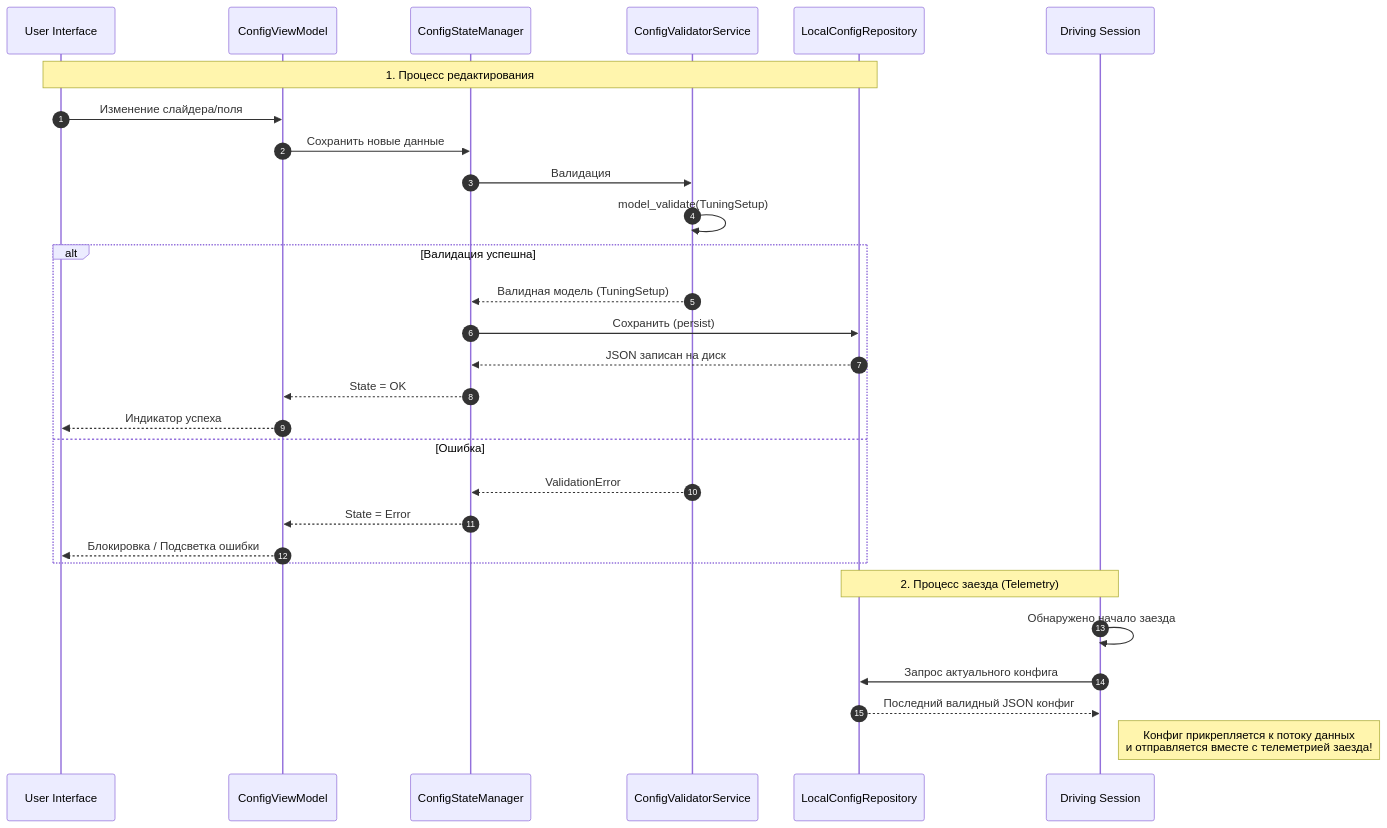
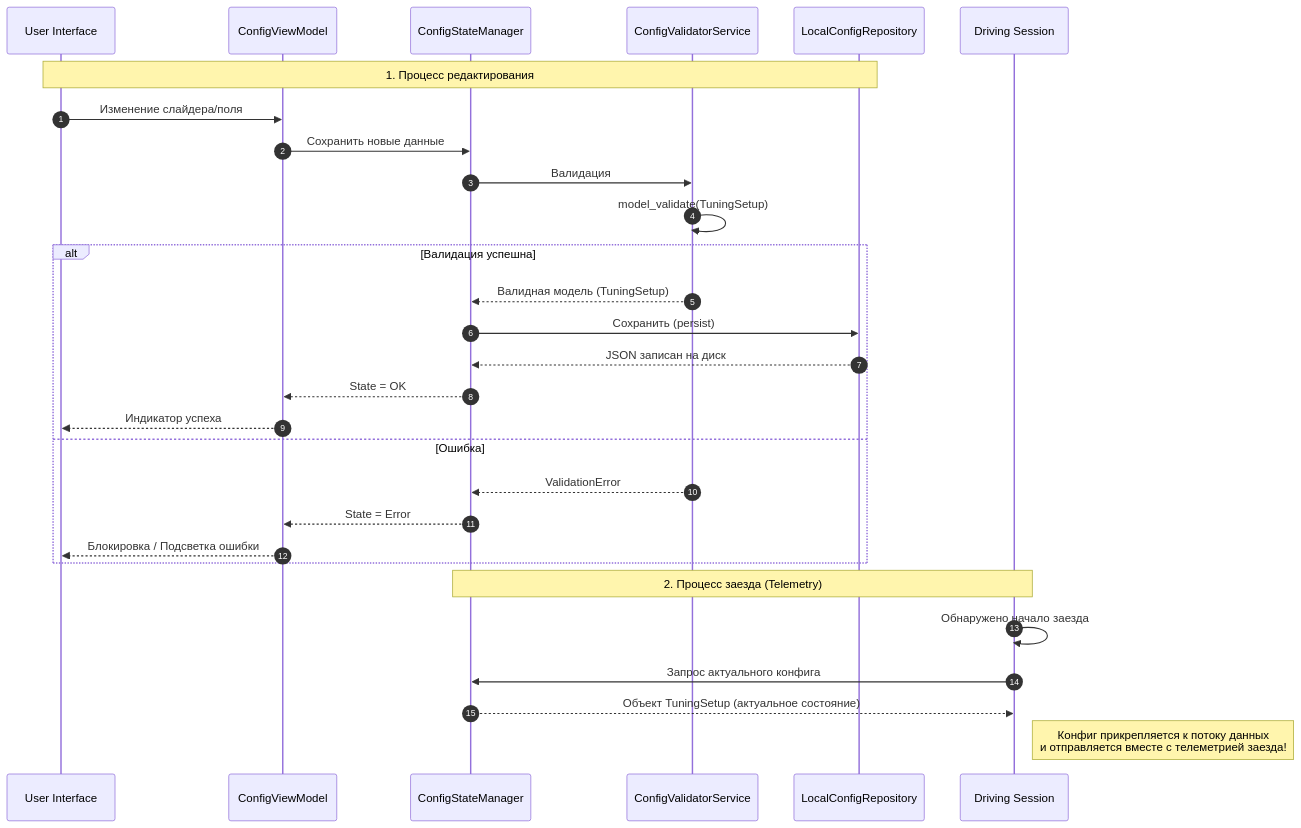
The second of 2 diagrams in docs/04_Domain_Logic/01_config_state_management.md (1DenLy/ForzaAITuner), drawn with Mermaid before and after one commit. The commit also changed other lines of this file and 5 other files, not shown here.

````diff
--- a/docs/04_Domain_Logic/01_config_state_management.md
+++ b/docs/04_Domain_Logic/01_config_state_management.md
@@ -54,35 +54,35 @@
 ```mermaid
 sequenceDiagram
     autonumber
     
     participant UI as User Interface
     participant CVM as ConfigViewModel
     participant CSM as ConfigStateManager
     participant CVS as ConfigValidatorService
     participant LCR as LocalConfigRepository
     participant Session as Driving Session
 
     Note over UI, LCR: 1. Процесс редактирования
     UI->>CVM: Изменение слайдера/поля
     CVM->>CSM: Сохранить новые данные
     CSM->>CVS: Валидация
     CVS->>CVS: model_validate(TuningSetup)
     
     alt Валидация успешна
         CVS-->>CSM: Валидная модель (TuningSetup)
         CSM->>LCR: Сохранить (persist)
         LCR-->>CSM: JSON записан на диск
         CSM-->>CVM: State = OK
         CVM-->>UI: Индикатор успеха
     else Ошибка
         CVS-->>CSM: ValidationError
         CSM-->>CVM: State = Error
         CVM-->>UI: Блокировка / Подсветка ошибки
     end
 
-    Note over LCR, Session: 2. Процесс заезда (Telemetry)
+    Note over CSM, Session: 2. Процесс заезда (Telemetry)
     Session->>Session: Обнаружено начало заезда
-    Session->>LCR: Запрос актуального конфига
-    LCR-->>Session: Последний валидный JSON конфиг
+    Session->>CSM: Запрос актуального конфига
+    CSM-->>Session: Объект TuningSetup (актуальное состояние)
     Note right of Session: Конфиг прикрепляется к потоку данных<br>и отправляется вместе с телеметрией заезда!
 ```
````
